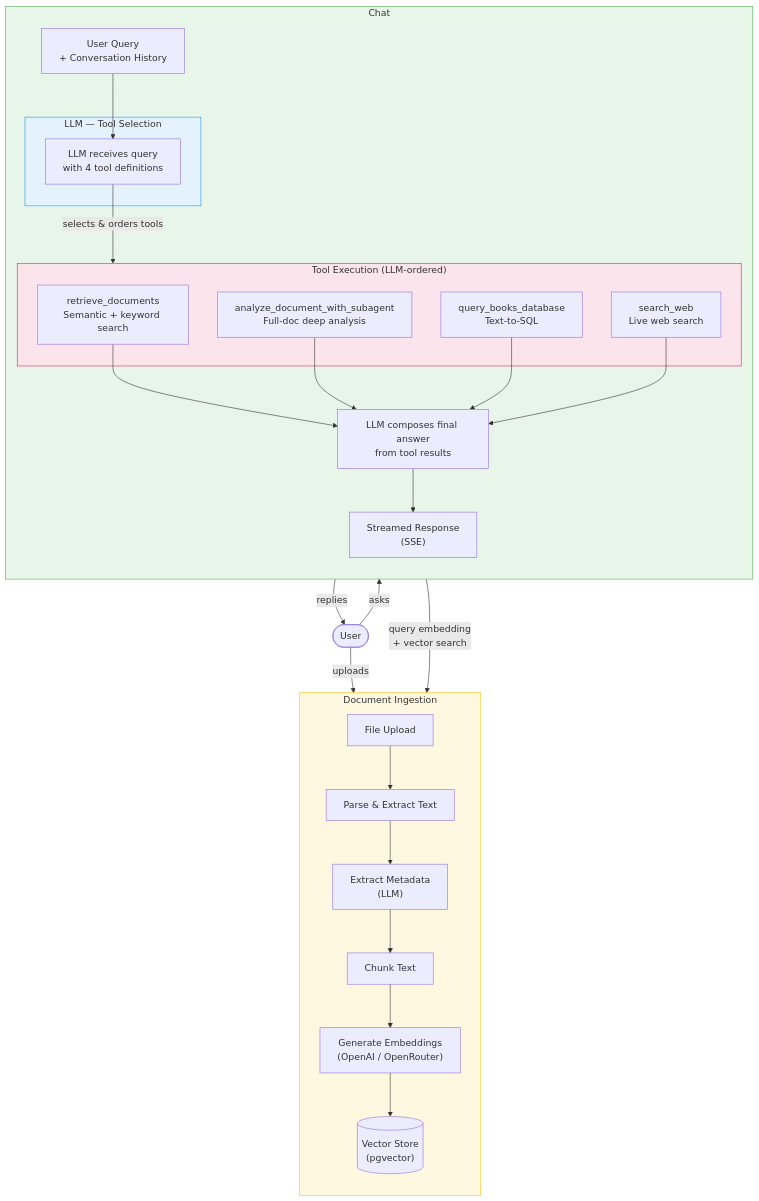
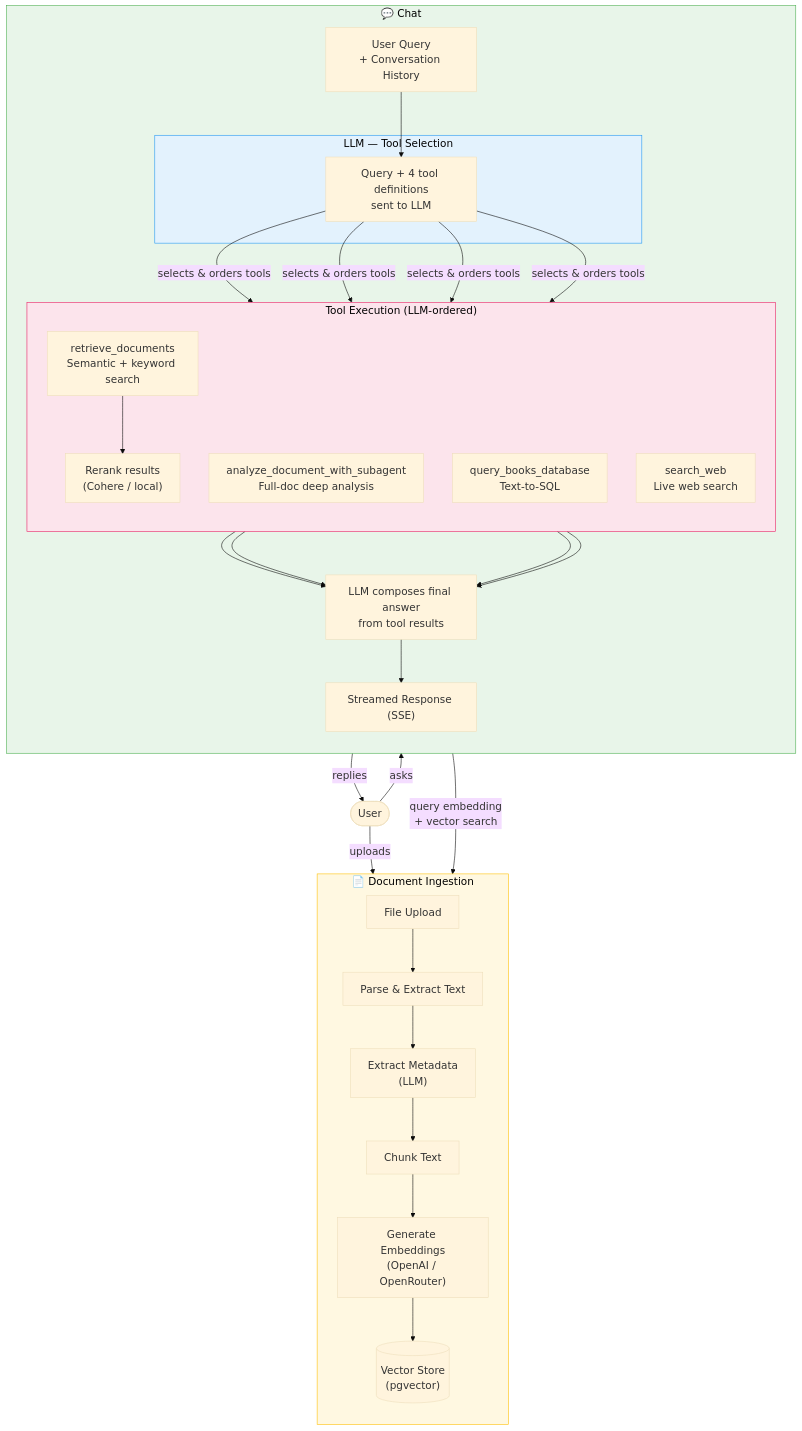
Before and after one commit to giladresisi/agentic-rag: the diagram in docs/architecture.mmd, drawn with Mermaid. The commit also changed 3 other files, not shown here.

```diff
--- a/docs/architecture.mmd
+++ b/docs/architecture.mmd
@@ -1,49 +1,56 @@
+%%{init: {'theme': 'base', 'themeVariables': {'fontSize': '18px', 'fontFamily': 'arial'}}}%%
 flowchart TD
     User(["User"])
 
     %% ── INGESTION ──
-    subgraph Ingestion["Document Ingestion"]
+    subgraph Ingestion["📄  Document Ingestion"]
         direction TB
         Upload["File Upload"]
         Parse["Parse & Extract Text"]
-        Metadata["Extract Metadata\n(LLM)"]
+        Metadata["Extract Metadata<br/>(LLM)"]
         Chunk["Chunk Text"]
-        Embed["Generate Embeddings\n(OpenAI / OpenRouter)"]
-        Store[("Vector Store\n(pgvector)")]
+        Embed["Generate Embeddings<br/>(OpenAI / OpenRouter)"]
+        Store[("Vector Store<br/>(pgvector)")]
 
         Upload --> Parse --> Metadata --> Chunk --> Embed --> Store
     end
 
     %% ── CHAT ──
-    subgraph Chat["Chat"]
+    subgraph Chat["💬  Chat"]
         direction TB
-        Query["User Query\n+ Conversation History"]
+        Query["User Query<br/>+ Conversation History"]
 
         subgraph ToolSelection["LLM — Tool Selection"]
-            LLM1["LLM receives query\nwith 4 tool definitions"]
+            LLM1["Query + 4 tool definitions<br/>sent to LLM"]
         end
 
-        subgraph ToolExecution["Tool Execution (LLM-ordered)"]
-            T1["retrieve_documents\nSemantic + keyword search"]
-            T2["analyze_document_with_subagent\nFull-doc deep analysis"]
-            T3["query_books_database\nText-to-SQL"]
-            T4["search_web\nLive web search"]
+        subgraph ToolExecution["Tool Execution  (LLM-ordered)"]
+            direction TB
+            T1["retrieve_documents<br/>Semantic + keyword search"]
+            Rerank["Rerank results<br/>(Cohere / local)"]
+            T2["analyze_document_with_subagent<br/>Full-doc deep analysis"]
+            T3["query_books_database<br/>Text-to-SQL"]
+            T4["search_web<br/>Live web search"]
         end
 
-        Compose["LLM composes final answer\nfrom tool results"]
-        Answer["Streamed Response\n(SSE)"]
+        Compose["LLM composes final answer<br/>from tool results"]
+        Answer["Streamed Response (SSE)"]
 
         Query --> LLM1
-        LLM1 -->|"selects & orders tools"| ToolExecution
-        T1 & T2 & T3 & T4 --> Compose --> Answer
+        LLM1 -->|"selects & orders tools"| T1
+        LLM1 -->|"selects & orders tools"| T2
+        LLM1 -->|"selects & orders tools"| T3
+        LLM1 -->|"selects & orders tools"| T4
+        T1 --> Rerank
+        Rerank & T2 & T3 & T4 --> Compose --> Answer
     end
 
     User -->|"uploads"| Upload
     User -->|"asks"| Query
     Answer -->|"replies"| User
-    T1 -->|"query embedding\n+ vector search"| Store
+    T1 -->|"query embedding<br/>+ vector search"| Store
 
-    style Ingestion fill:#fff8e1,stroke:#ffc107
-    style Chat fill:#e8f5e9,stroke:#4caf50
-    style ToolSelection fill:#e3f2fd,stroke:#2196f3
-    style ToolExecution fill:#fce4ec,stroke:#e91e63
+    style Ingestion fill:#fff8e1,stroke:#ffc107,color:#000
+    style Chat fill:#e8f5e9,stroke:#4caf50,color:#000
+    style ToolSelection fill:#e3f2fd,stroke:#2196f3,color:#000
+    style ToolExecution fill:#fce4ec,stroke:#e91e63,color:#000
```
